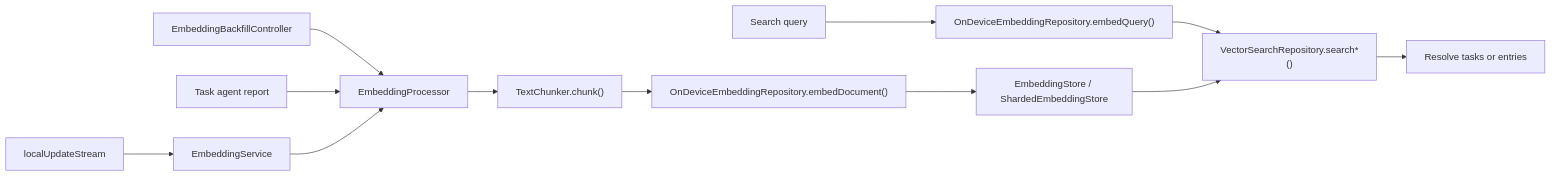
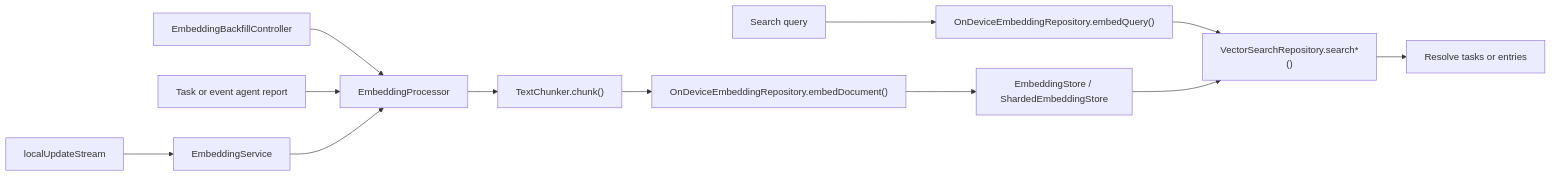
Before and after one commit to matthiasn/lotti: the first of 3 diagrams in knowledge/features/ai/embeddings-and-search.md, drawn with Mermaid. The commit also changed other lines of this file and 106 other files, not shown here.

````diff
--- a/knowledge/features/ai/embeddings-and-search.md
+++ b/knowledge/features/ai/embeddings-and-search.md
@@ -96,14 +96,14 @@
 ```mermaid
 flowchart LR
   Change["localUpdateStream"] --> Service["EmbeddingService"]
   Backfill["EmbeddingBackfillController"] --> Extract
-  Report["Task agent report"] --> Extract
+  Report["Task or event agent report"] --> Extract
   Service --> Extract["EmbeddingProcessor"]
   Extract --> Chunk["TextChunker.chunk()"]
   Chunk --> Embed["OnDeviceEmbeddingRepository.embedDocument()"]
   Embed --> Store["EmbeddingStore / ShardedEmbeddingStore"]
   Query["Search query"] --> QueryEmbed["OnDeviceEmbeddingRepository.embedQuery()"]
   QueryEmbed --> Search["VectorSearchRepository.search*()"]
   Store --> Search
   Search --> Resolve["Resolve tasks or entries"]
 ```
````
